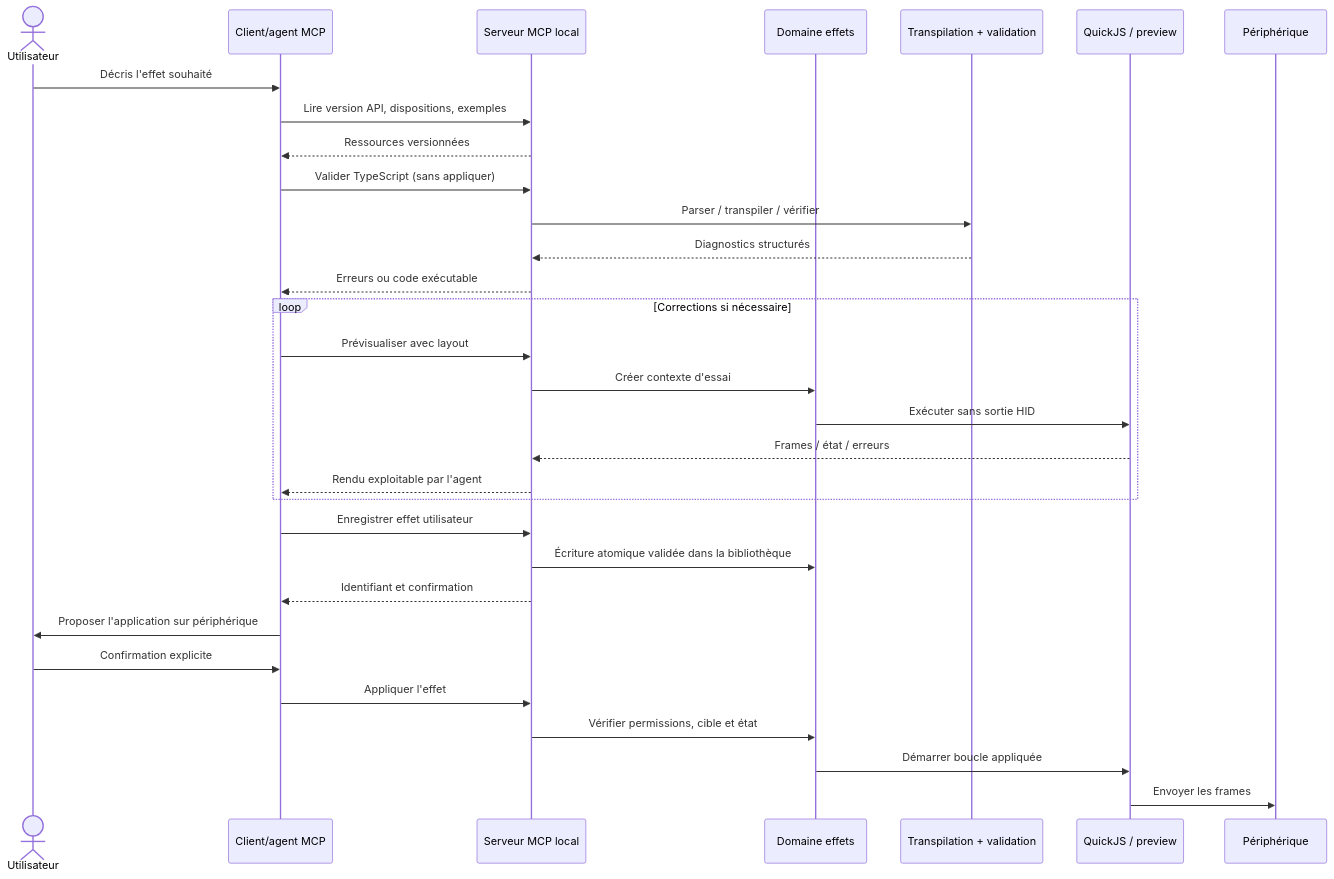
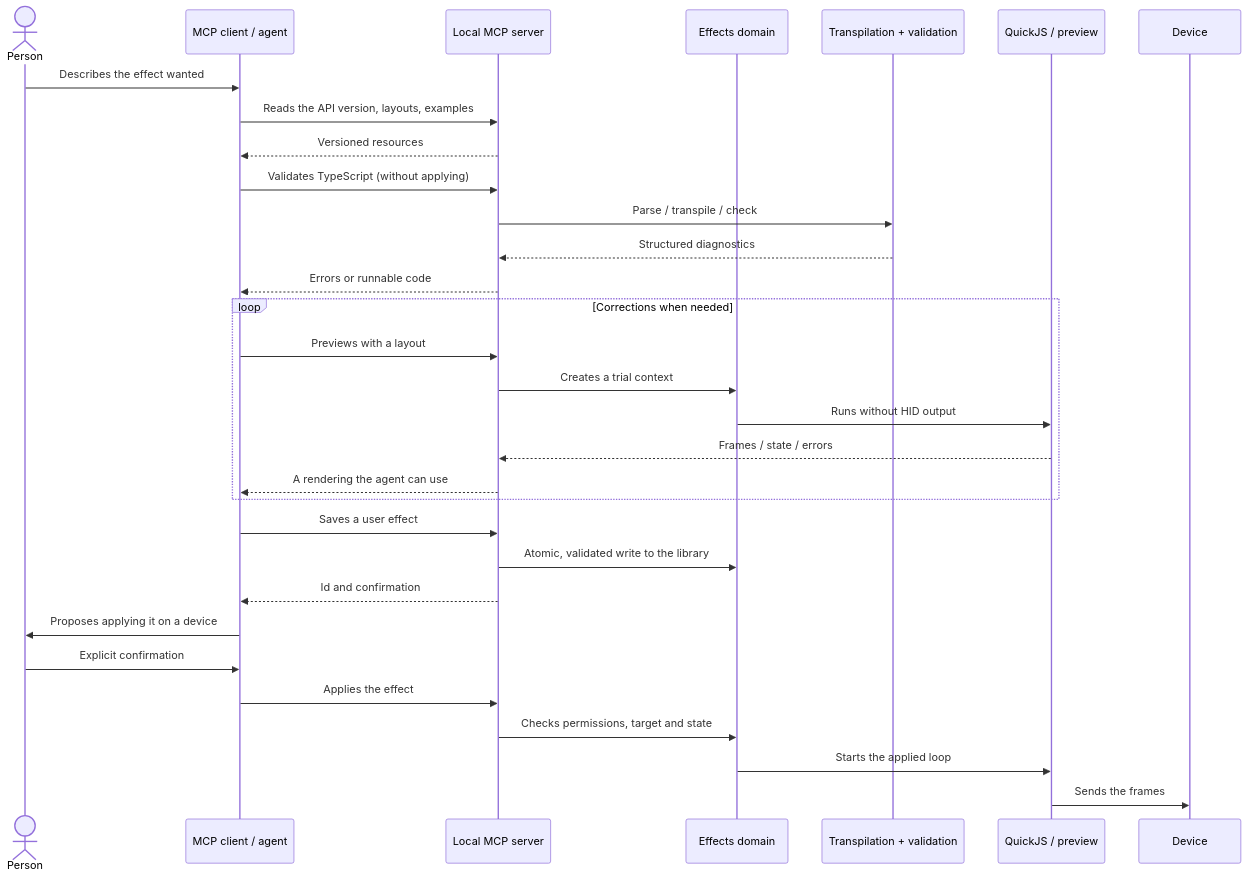
The third of 3 diagrams in docs/design/mcp-architecture.md (o2csi/candeo), drawn with Mermaid before and after one commit. The commit also changed other lines of this file, not shown here.

First line of the commit message:
docs: the MCP architecture note in English

````diff
--- a/docs/design/mcp-architecture.md
+++ b/docs/design/mcp-architecture.md
@@ -92,33 +108,33 @@
 ```mermaid
 sequenceDiagram
-    actor User as Utilisateur
-    participant Agent as Client/agent MCP
-    participant MCP as Serveur MCP local
-    participant Domain as Domaine effets
+    actor User as Person
+    participant Agent as MCP client / agent
+    participant MCP as Local MCP server
+    participant Domain as Effects domain
     participant Compiler as Transpilation + validation
     participant Engine as QuickJS / preview
-    participant Hardware as Périphérique
-    User->>Agent: Décris l'effet souhaité
-    Agent->>MCP: Lire version API, dispositions, exemples
-    MCP-->>Agent: Ressources versionnées
-    Agent->>MCP: Valider TypeScript (sans appliquer)
-    MCP->>Compiler: Parser / transpiler / vérifier
-    Compiler-->>MCP: Diagnostics structurés
-    MCP-->>Agent: Erreurs ou code exécutable
-    loop Corrections si nécessaire
-        Agent->>MCP: Prévisualiser avec layout
-        MCP->>Domain: Créer contexte d'essai
-        Domain->>Engine: Exécuter sans sortie HID
-        Engine-->>MCP: Frames / état / erreurs
-        MCP-->>Agent: Rendu exploitable par l'agent
+    participant Hardware as Device
+    User->>Agent: Describes the effect wanted
+    Agent->>MCP: Reads the API version, layouts, examples
+    MCP-->>Agent: Versioned resources
+    Agent->>MCP: Validates TypeScript (without applying)
+    MCP->>Compiler: Parse / transpile / check
+    Compiler-->>MCP: Structured diagnostics
+    MCP-->>Agent: Errors or runnable code
+    loop Corrections when needed
+        Agent->>MCP: Previews with a layout
+        MCP->>Domain: Creates a trial context
+        Domain->>Engine: Runs without HID output
+        Engine-->>MCP: Frames / state / errors
+        MCP-->>Agent: A rendering the agent can use
     end
-    Agent->>MCP: Enregistrer effet utilisateur
-    MCP->>Domain: Écriture atomique validée dans la bibliothèque
-    MCP-->>Agent: Identifiant et confirmation
-    Agent->>User: Proposer l'application sur périphérique
-    User->>Agent: Confirmation explicite
-    Agent->>MCP: Appliquer l'effet
-    MCP->>Domain: Vérifier permissions, cible et état
-    Domain->>Engine: Démarrer boucle appliquée
-    Engine->>Hardware: Envoyer les frames
+    Agent->>MCP: Saves a user effect
+    MCP->>Domain: Atomic, validated write to the library
+    MCP-->>Agent: Id and confirmation
+    Agent->>User: Proposes applying it on a device
+    User->>Agent: Explicit confirmation
+    Agent->>MCP: Applies the effect
+    MCP->>Domain: Checks permissions, target and state
+    Domain->>Engine: Starts the applied loop
+    Engine->>Hardware: Sends the frames
 ```
````
